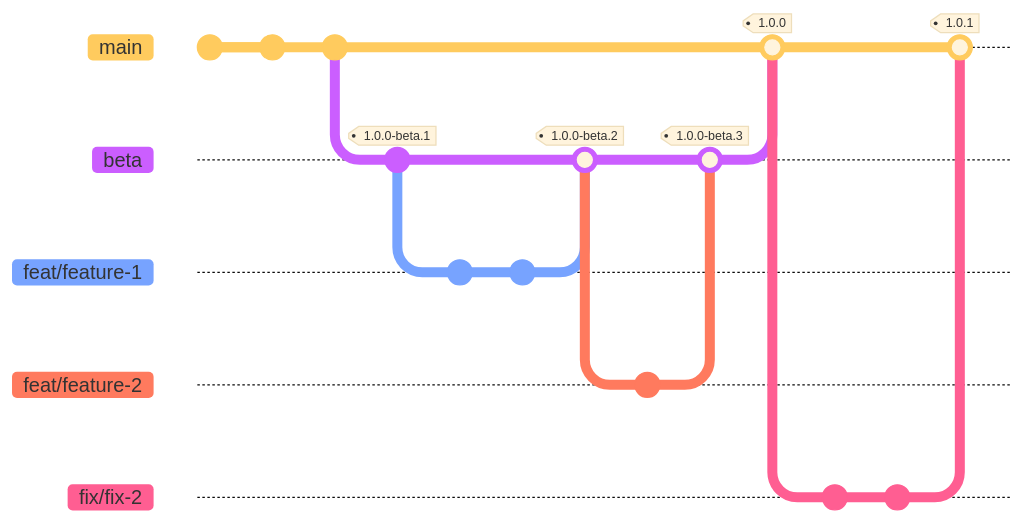
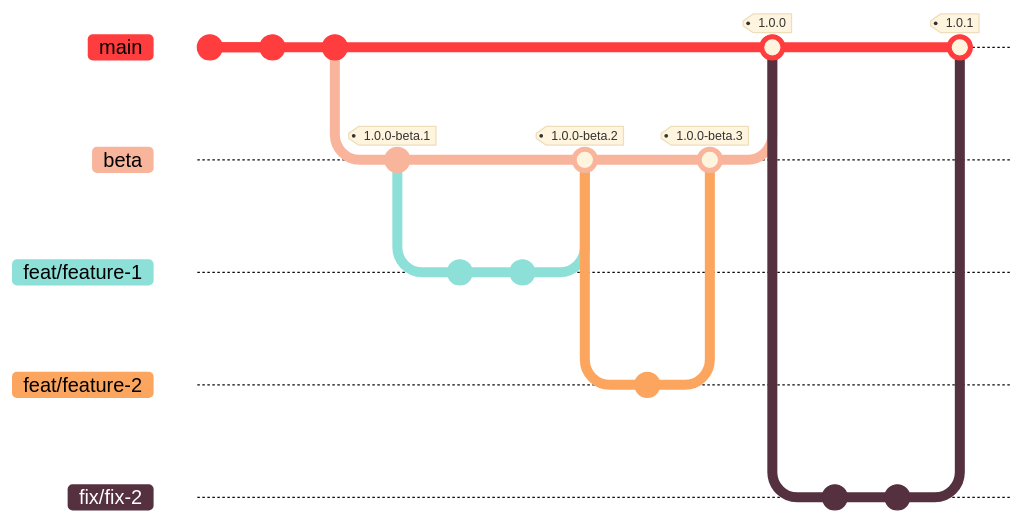
Before and after one commit to atedeg/mdm-slides: the first of 2 diagrams in content/_index.md, drawn with Mermaid. The commit also changed other lines of this file, not shown here. Commit ids are hidden.

Commit message:
chore: add custom git theme variables

```diff
--- a/content/_index.md
+++ b/content/_index.md
@@ -101,27 +91,43 @@
 {{< mermaid >}}
-%%{init: {'theme':'base'}}%%
+%%{
+  init: {
+    'theme':'base',
+    'themeVariables': {
+      'git0': '#ff3c3e',
+      'git1': '#f9b59c',
+      'git2': '#8de0d8',
+      'git3': '#fca55f',
+      'git4': '#55303e',
+      'gitBranchLabel0': '#000000',
+      'gitBranchLabel1': '#000000',
+      'gitBranchLabel2': '#000000',
+      'gitBranchLabel3': '#000000',
+      'gitBranchLabel4': '#ffffff'
+    }
+}
+}%%
 gitGraph
   commit id: "chore: ..."
   commit id: "build: ..."
   commit id: "chore: ..."
   commit id: "ci: ..."
   branch beta
   commit tag: "1.0.0-beta.1"
   branch feat/feature-1
   checkout feat/feature-1
   commit id: "feat: feature 1"
   commit id: "feat: feature 2"
   checkout beta
   merge feat/feature-1 tag: "1.0.0-beta.2"
   branch feat/feature-2
   commit id: "feat: feature 3"
   checkout beta
   merge feat/feature-2 tag: "1.0.0-beta.3"
   checkout main
   merge beta tag: "1.0.0"
   branch fix/fix-2
   commit id: "fix: fix1"
   commit id: "fix: fix2"
   checkout main
   merge fix/fix-2 tag: "1.0.1"
 {{< /mermaid >}}
```
